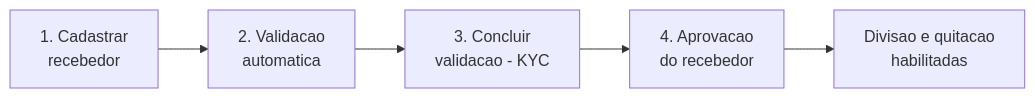
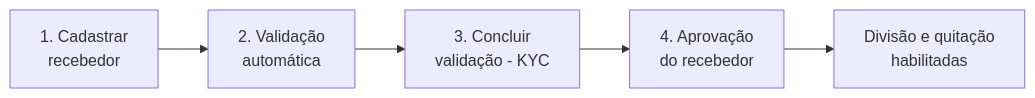
The second of 2 diagrams in configuracoes/programa-de-parceiros.md (LocFlowTeam/locflow-docs), drawn with Mermaid before and after one commit. The commit also changed other lines of this file and 26 other files, not shown here.

````diff
--- a/configuracoes/programa-de-parceiros.md
+++ b/configuracoes/programa-de-parceiros.md
@@ -85,7 +85,7 @@
 ```mermaid
 flowchart LR
-    R[1. Cadastrar<br/>recebedor] --> K[2. Validacao<br/>automatica]
-    K --> V[3. Concluir<br/>validacao - KYC]
-    V --> A[4. Aprovacao<br/>do recebedor]
-    A --> L[Divisao e quitacao<br/>habilitadas]
+    R[1. Cadastrar<br/>recebedor] --> K[2. Validação<br/>automática]
+    K --> V[3. Concluir<br/>validação - KYC]
+    V --> A[4. Aprovação<br/>do recebedor]
+    A --> L[Divisão e quitação<br/>habilitadas]
 ```
````
